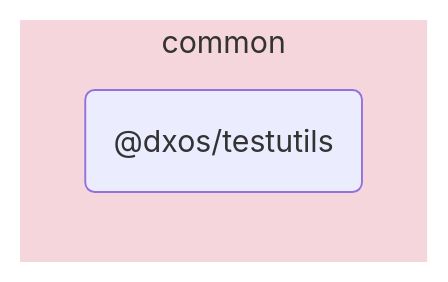
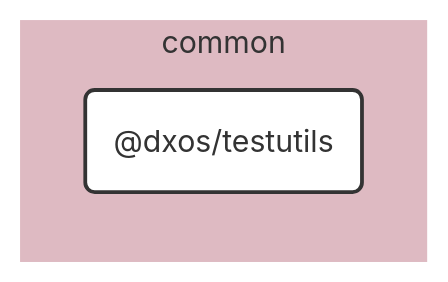
The diagram in packages/common/testutils/docs/README.md (dxos/dxos), drawn with Mermaid before and after one commit. The commit also changed other lines of this file and 109 other files, not shown here.

````diff
--- a/packages/common/testutils/docs/README.md
+++ b/packages/common/testutils/docs/README.md
@@ -5,9 +7,25 @@
 ```mermaid
-flowchart LR;
+%%{ init: {'flowchart':{'curve':'basis'}} }%%
 
+flowchart LR
+
+%% Links
+
+%% Sections
 subgraph common
-  style common fill:#f5d6dd,stroke:#fff;
-  dxos/testutils("@dxos/testutils");
+  style common fill:#debac2,stroke:#fff;
+
+  dxos/testutils("@dxos/testutils")
 end
 
+
+%% Hyperlinks
+
+%% Styles
+classDef rootNode fill:#fff,stroke:#333,stroke-width:2px
+classDef defaultNode fill:#fff,stroke:#333,stroke-width:1px
+linkStyle default stroke:#333,stroke-width:1px
+
+dxos/testutils:::rootNode
+
 ```
````
